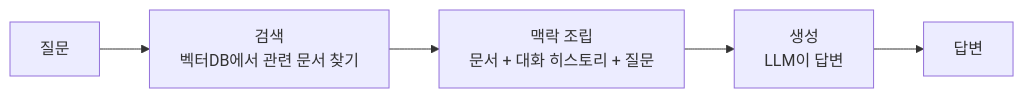
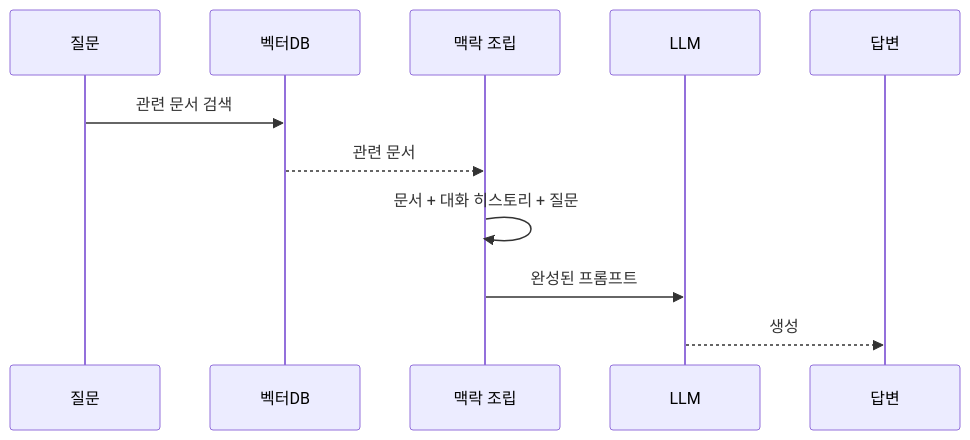
One commit to edu-openskill/lecture-book-workflow changed the second of 4 diagrams in projects/사내AI비서_v2/chapters/05-드디어-답해준다.md. Above: the diagram before and after it, drawn with Mermaid. The commit also changed other lines of this file, not shown here.

Commit message:
fix: CH05 graph → 시퀀스 다이어그램으로 통일
rag_chain: graph LR → sequenceDiagram
response_parser: graph LR → sequenceDiagram

````diff
--- a/projects/사내AI비서_v2/chapters/05-드디어-답해준다.md
+++ b/projects/사내AI비서_v2/chapters/05-드디어-답해준다.md
@@ -333,7 +333,8 @@
 ```mermaid
-graph LR
-    A["질문"] --> B["검색<br/>벡터DB에서 관련 문서 찾기"]
-    B --> C["맥락 조립<br/>문서 + 대화 히스토리 + 질문"]
-    C --> D["생성<br/>LLM이 답변"]
-    D --> E["답변"]
+sequenceDiagram
+    질문->>벡터DB: 관련 문서 검색
+    벡터DB-->>맥락 조립: 관련 문서
+    맥락 조립->>맥락 조립: 문서 + 대화 히스토리 + 질문
+    맥락 조립->>LLM: 완성된 프롬프트
+    LLM-->>답변: 생성
 ```
````
